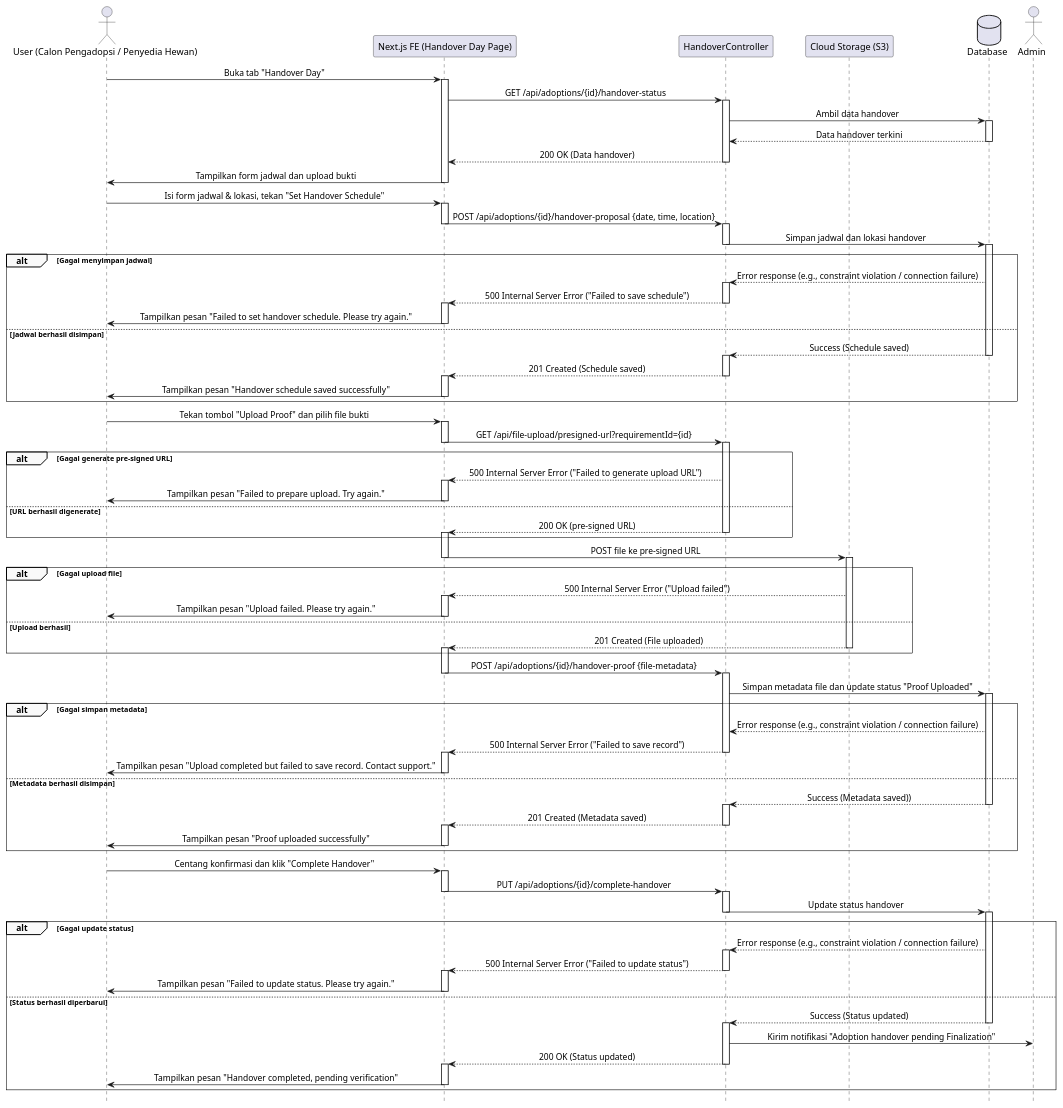
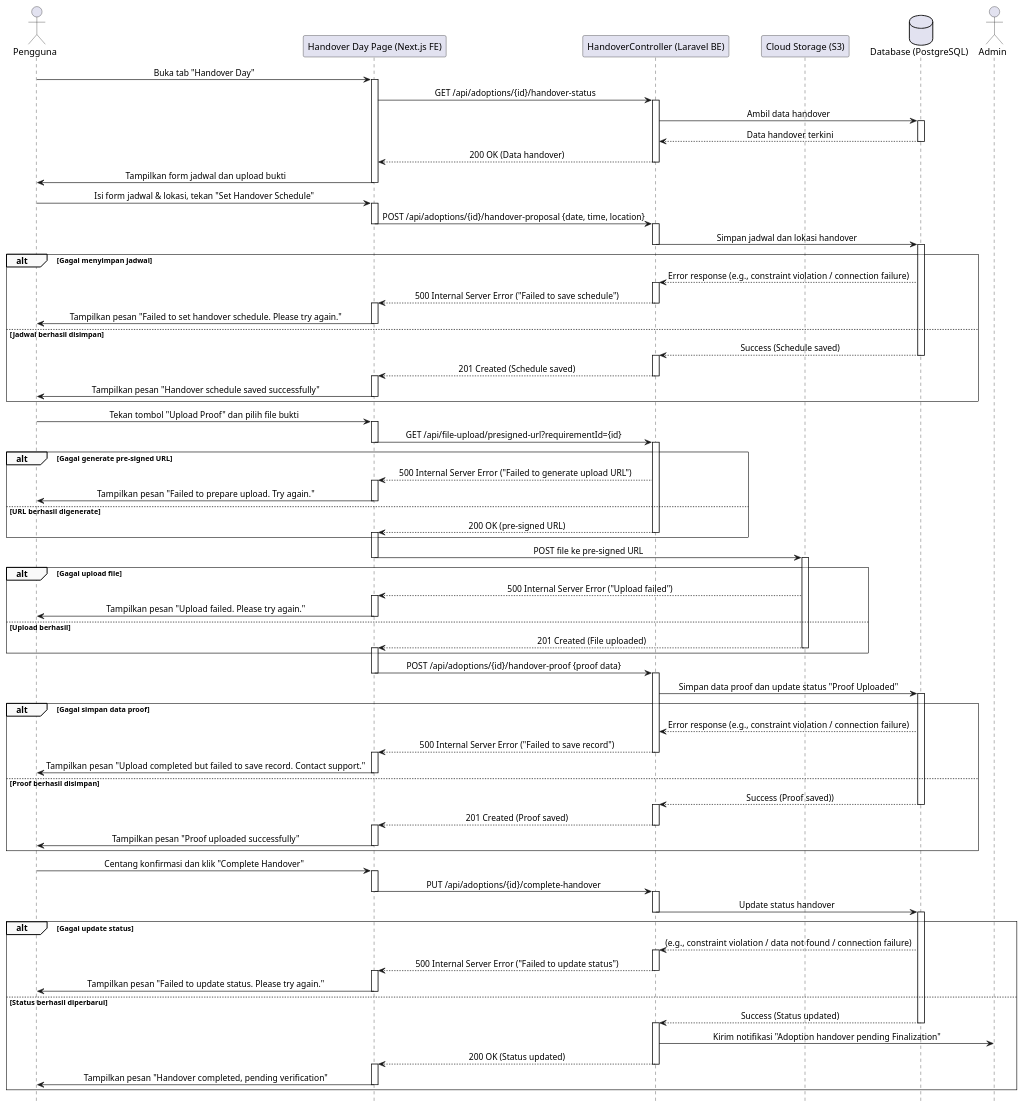
One commit to fadhel-rizanda/skripsi-plantuml changed the diagram in HandOver.plantuml. Above: the diagram before and after it, drawn with PlantUML. The commit also changed 30 other files, not shown here.

```diff
--- a/HandOver.plantuml
+++ b/HandOver.plantuml
@@ -1,157 +1,157 @@
 @startuml
 ' === Styling ===
 skinparam sequence {
     LifelineFooterStrategy none
     MessageAlign center
     ArrowThickness 1
     ParticipantPadding 20
     GroupBorderThickness 0.5
     GroupBackgroundColor #F9F9F9
 }
 hide footbox
 
 ' === Participants ===
-actor "User (Calon Pengadopsi / Penyedia Hewan)" as User
-participant "Next.js FE (Handover Day Page)" as FE
-participant "HandoverController" as BE
+actor "Pengguna" as User
+participant "Handover Day Page (Next.js FE)" as FE
+participant "HandoverController (Laravel BE)" as BE
 participant "Cloud Storage (S3)" as Storage
-database "Database" as DB
+database "Database (PostgreSQL)" as DB
 actor "Admin" as Admin
 
 '== Membuka Halaman Handover Day ==
 User -> FE: Buka tab "Handover Day"
 activate FE
 FE -> BE: GET /api/adoptions/{id}/handover-status
 activate BE
 BE -> DB: Ambil data handover
 activate DB
 DB --> BE: Data handover terkini
 deactivate DB
 BE --> FE: 200 OK (Data handover)
 deactivate BE
 FE -> User: Tampilkan form jadwal dan upload bukti
 deactivate FE
 
 '== Menentukan Jadwal dan Lokasi ==
 User -> FE: Isi form jadwal & lokasi, tekan "Set Handover Schedule"
 activate FE
 FE -> BE: POST /api/adoptions/{id}/handover-proposal {date, time, location}
 deactivate FE
 activate BE
 BE -> DB: Simpan jadwal dan lokasi handover
 deactivate BE
 activate DB
 
 alt Gagal menyimpan jadwal
     DB --> BE: Error response (e.g., constraint violation / connection failure)
     activate BE
     BE --> FE: 500 Internal Server Error ("Failed to save schedule")
     deactivate BE
     activate FE
     FE -> User: Tampilkan pesan "Failed to set handover schedule. Please try again."
     deactivate FE
 else Jadwal berhasil disimpan
     DB --> BE: Success (Schedule saved)
     deactivate DB
     activate BE
     BE --> FE: 201 Created (Schedule saved)
     deactivate BE
     activate FE
     FE -> User: Tampilkan pesan "Handover schedule saved successfully"
     deactivate FE
 end
 
 '== Mengunggah Bukti Hand Over ==
 User -> FE: Tekan tombol "Upload Proof" dan pilih file bukti
 activate FE
 FE -> BE: GET /api/file-upload/presigned-url?requirementId={id}
 deactivate FE
 activate BE
 
 alt Gagal generate pre-signed URL
     BE --> FE: 500 Internal Server Error ("Failed to generate upload URL")
     activate FE
     FE -> User: Tampilkan pesan "Failed to prepare upload. Try again."
     deactivate FE
 
 else URL berhasil digenerate
     BE --> FE: 200 OK (pre-signed URL)
     deactivate BE
     activate FE
 end
 
 FE -> Storage: POST file ke pre-signed URL
 deactivate FE
 activate Storage
 
 alt Gagal upload file
     Storage --> FE: 500 Internal Server Error ("Upload failed")
     activate FE
     FE -> User: Tampilkan pesan "Upload failed. Please try again."
     deactivate FE
 else Upload berhasil
     Storage --> FE: 201 Created (File uploaded)
     deactivate Storage
     activate FE
 end
 
-FE -> BE: POST /api/adoptions/{id}/handover-proof {file-metadata}
+FE -> BE: POST /api/adoptions/{id}/handover-proof {proof data}
 deactivate FE
 activate BE
-BE -> DB: Simpan metadata file dan update status "Proof Uploaded"
+BE -> DB: Simpan data proof dan update status "Proof Uploaded"
 activate DB
 
-alt Gagal simpan metadata
+alt Gagal simpan data proof
     DB --> BE: Error response (e.g., constraint violation / connection failure)
     BE --> FE: 500 Internal Server Error ("Failed to save record")
     deactivate BE
     activate FE
     FE -> User: Tampilkan pesan "Upload completed but failed to save record. Contact support."
     deactivate FE
-else Metadata berhasil disimpan
-    DB --> BE: Success (Metadata saved))
+else Proof berhasil disimpan
+    DB --> BE: Success (Proof saved))
     deactivate DB
     activate BE
-    BE --> FE: 201 Created (Metadata saved)
+    BE --> FE: 201 Created (Proof saved)
     deactivate BE
     activate FE
     FE -> User: Tampilkan pesan "Proof uploaded successfully"
     deactivate FE
 end
 
 '== Menyelesaikan Proses Handover ==
 User -> FE: Centang konfirmasi dan klik "Complete Handover"
 activate FE
 FE -> BE: PUT /api/adoptions/{id}/complete-handover
 deactivate FE
 activate BE
 BE -> DB: Update status handover
 deactivate BE
 activate DB
 
 alt Gagal update status
-    DB --> BE: Error response (e.g., constraint violation / connection failure)
+    DB --> BE: (e.g., constraint violation / data not found / connection failure)
     activate BE
     BE --> FE: 500 Internal Server Error ("Failed to update status")
     deactivate BE
     activate FE
     FE -> User: Tampilkan pesan "Failed to update status. Please try again."
     deactivate FE
 else Status berhasil diperbarui
     DB --> BE: Success (Status updated)
     deactivate DB
     activate BE
     BE -> Admin: Kirim notifikasi "Adoption handover pending Finalization"
 
     BE --> FE: 200 OK (Status updated)
     deactivate BE
     activate FE
     FE -> User: Tampilkan pesan "Handover completed, pending verification"
     deactivate FE
 '    note right of Admin
 '        Admin akan melakukan proses
 '        finalisasi dan verifikasi handover
 '    end note
 end
 
 @enduml
```
